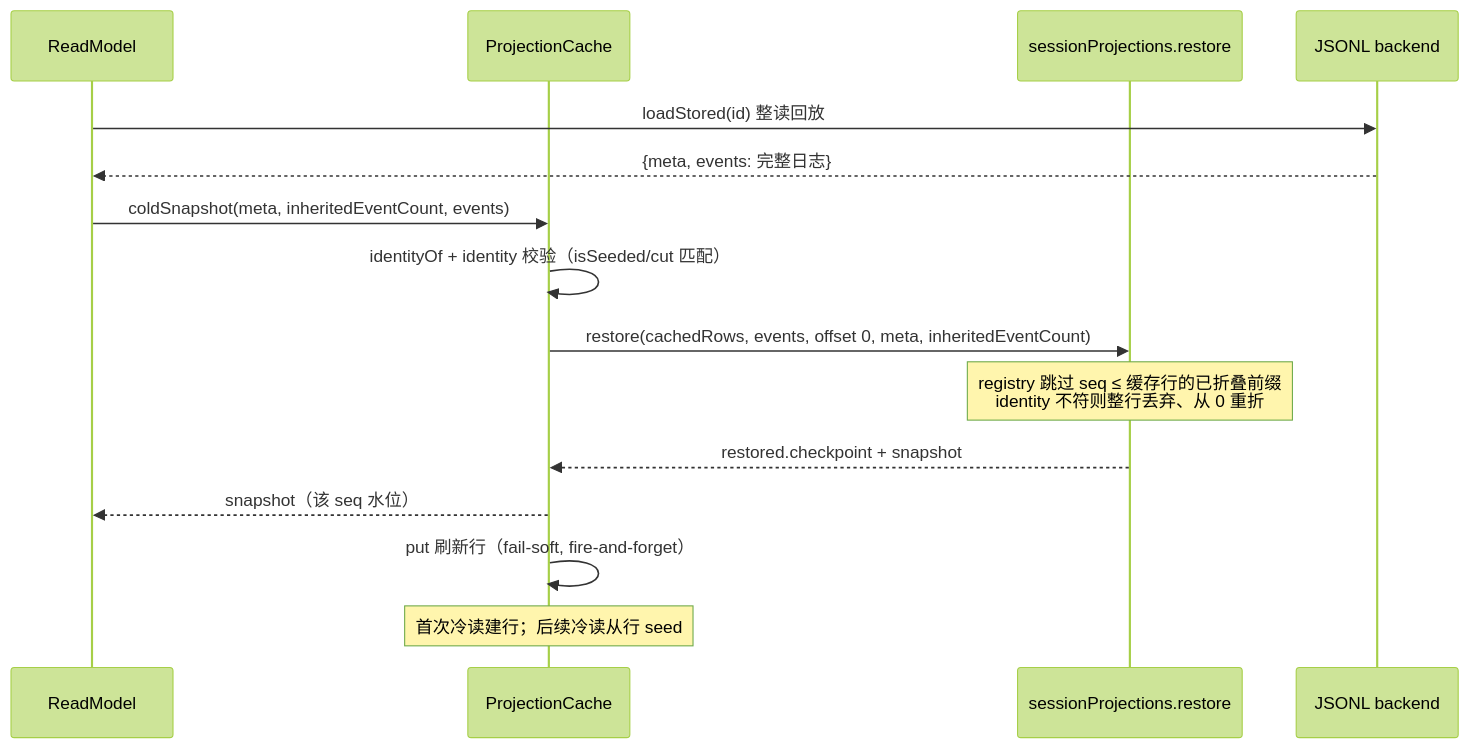
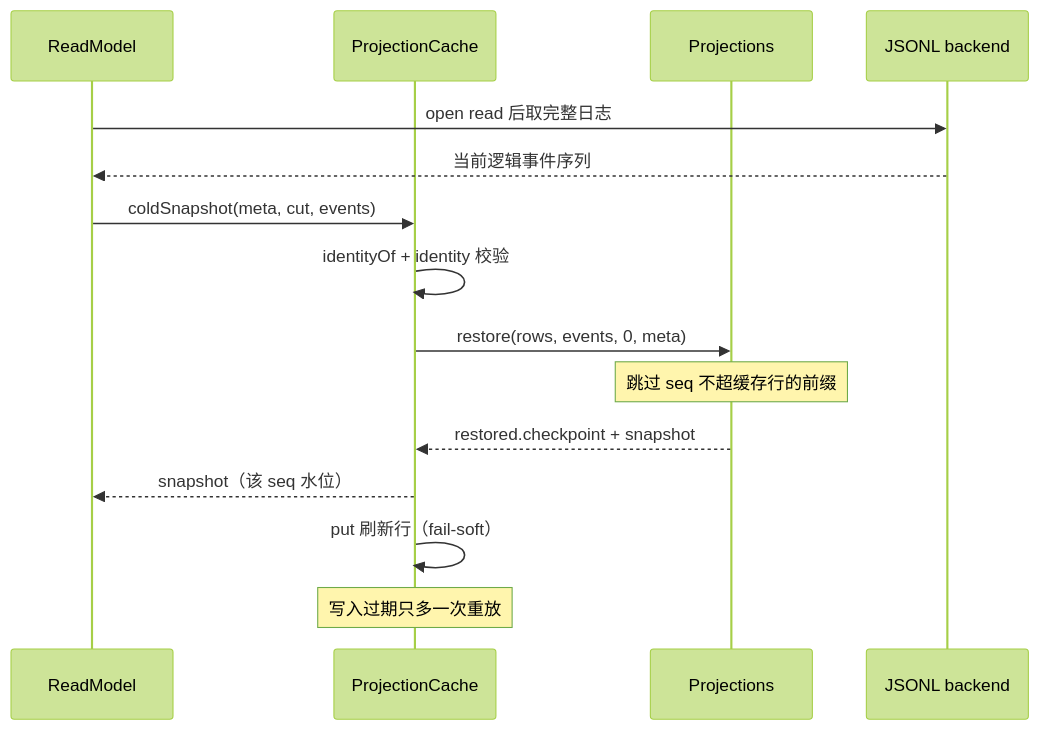
The fourth of 5 diagrams in ai-agent/deepseek-harness/data-model.md (morehao/oss-insights), drawn with Mermaid (forest theme) before and after one commit. The commit also changed other lines of this file and 27 other files, not shown here.

````diff
--- a/ai-agent/deepseek-harness/data-model.md
+++ b/ai-agent/deepseek-harness/data-model.md
@@ -296,18 +463,17 @@
 ```mermaid
 sequenceDiagram
     participant R as ReadModel
     participant C as ProjectionCache
-    participant REG as sessionProjections.restore
+    participant G as Projections
     participant P as JSONL backend
-
-    R->>P: loadStored(id) 整读回放
-    P-->>R: {meta, events: 完整日志}
-    R->>C: coldSnapshot(meta, inheritedEventCount, events)
-    C->>C: identityOf + identity 校验（isSeeded/cut 匹配）
-    C->>REG: restore(cachedRows, events, offset 0, meta, inheritedEventCount)
-    Note over REG: registry 跳过 seq ≤ 缓存行的已折叠前缀<br>identity 不符则整行丢弃、从 0 重折
-    REG-->>C: restored.checkpoint + snapshot
+    R->>P: open read 后取完整日志
+    P-->>R: 当前逻辑事件序列
+    R->>C: coldSnapshot(meta, cut, events)
+    C->>C: identityOf + identity 校验
+    C->>G: restore(rows, events, 0, meta)
+    Note over G: 跳过 seq 不超缓存行的前缀
+    G-->>C: restored.checkpoint + snapshot
     C-->>R: snapshot（该 seq 水位）
-    C->>C: put 刷新行（fail-soft, fire-and-forget）
-    Note over C: 首次冷读建行；后续冷读从行 seed
+    C->>C: put 刷新行（fail-soft）
+    Note over C: 写入过期只多一次重放
 ```
````
